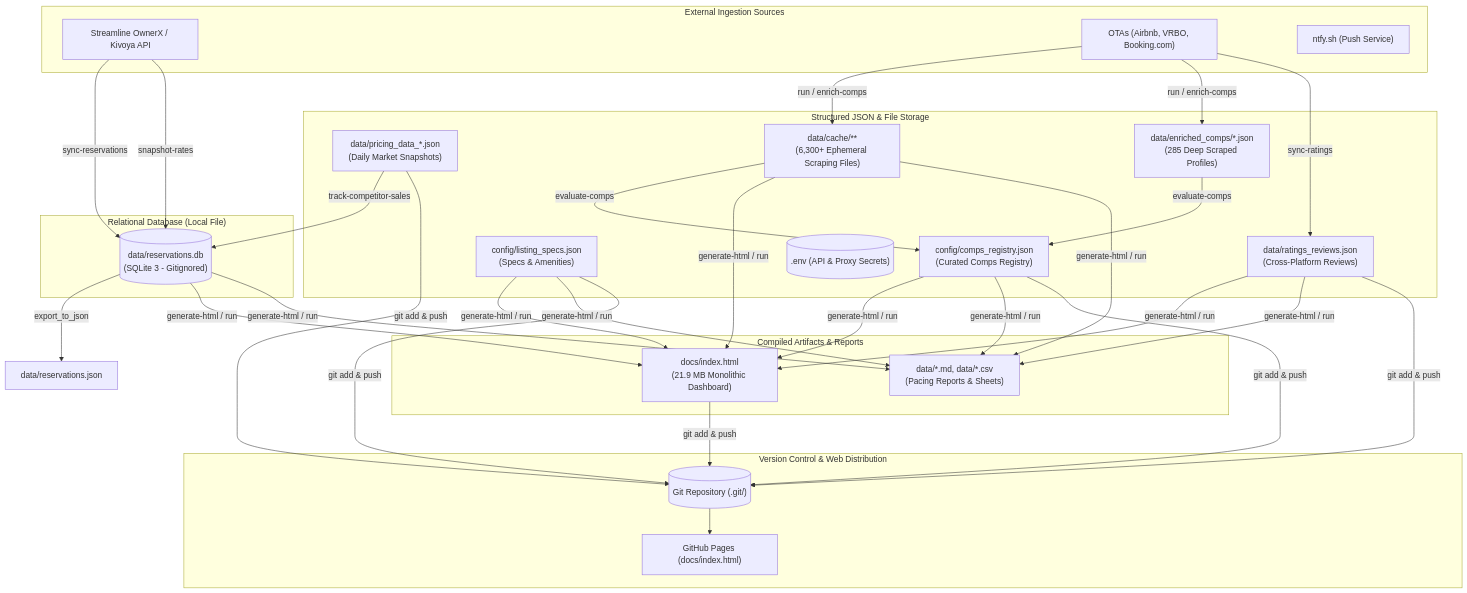
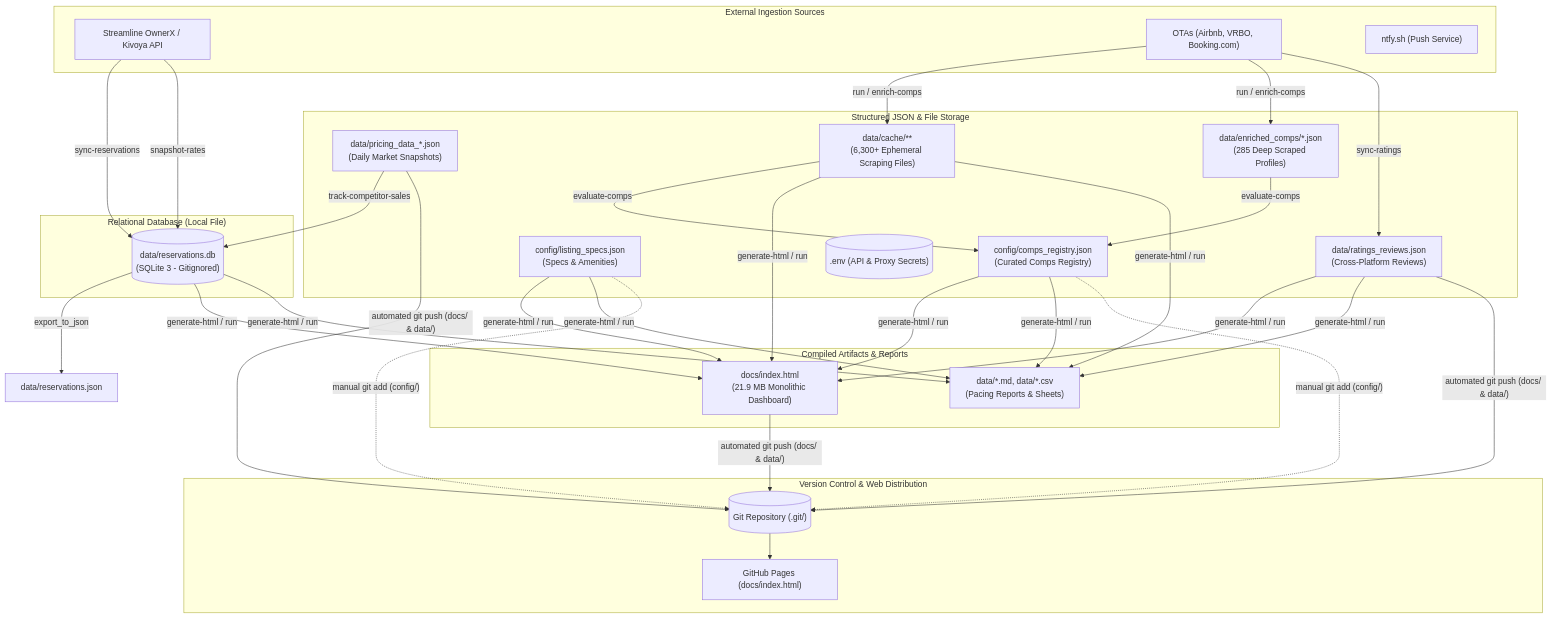
The first of 2 diagrams in docs/storage.md (ivanpenkov/str-price-advisor), drawn with Mermaid before and after one commit. The commit also changed other lines of this file, not shown here.

````diff
--- a/docs/storage.md
+++ b/docs/storage.md
@@ -32,43 +32,44 @@
 ```mermaid
 flowchart TD
     subgraph ExternalSources ["External Ingestion Sources"]
         PMS["Streamline OwnerX / Kivoya API"]
         OTAs["OTAs (Airbnb, VRBO, Booking.com)"]
         NTFY["ntfy.sh (Push Service)"]
     end
 
     subgraph RelationalStore ["Relational Database (Local File)"]
         DB[("data/reservations.db<br/>(SQLite 3 - Gitignored)")]
     end
 
     subgraph FileStorage ["Structured JSON & File Storage"]
         REG["config/comps_registry.json<br/>(Curated Comps Registry)"]
         SPECS["config/listing_specs.json<br/>(Specs & Amenities)"]
         REV["data/ratings_reviews.json<br/>(Cross-Platform Reviews)"]
         SNAPS["data/pricing_data_*.json<br/>(Daily Market Snapshots)"]
         ENRICH["data/enriched_comps/*.json<br/>(285 Deep Scraped Profiles)"]
         CACHE["data/cache/**<br/>(6,300+ Ephemeral Scraping Files)"]
         ENV[(".env (API & Proxy Secrets)")]
     end
 
     subgraph GeneratedArtifacts ["Compiled Artifacts & Reports"]
         HTML["docs/index.html<br/>(21.9 MB Monolithic Dashboard)"]
         MD_CSV["data/*.md, data/*.csv<br/>(Pacing Reports & Sheets)"]
     end
 
     subgraph GitRemote ["Version Control & Web Distribution"]
         GIT[("Git Repository (.git/)")]
         GHP["GitHub Pages (docs/index.html)"]
     end
 
     PMS -->|"sync-reservations"| DB
     PMS -->|"snapshot-rates"| DB
     DB -->|"export_to_json"| RES_JSON["data/reservations.json"]
     OTAs -->|"run / enrich-comps"| CACHE & ENRICH
     OTAs -->|"sync-ratings"| REV
     CACHE & ENRICH -->|"evaluate-comps"| REG
     REG & SPECS & CACHE & DB & REV -->|"generate-html / run"| HTML & MD_CSV
     SNAPS -->|"track-competitor-sales"| DB
-    HTML & SNAPS & REG & SPECS & REV -->|"git add & push"| GIT
+    HTML & SNAPS & REV -->|"automated git push (docs/ & data/)"| GIT
+    REG & SPECS -.->|"manual git add (config/)"| GIT
     GIT --> GHP
 ```
````
